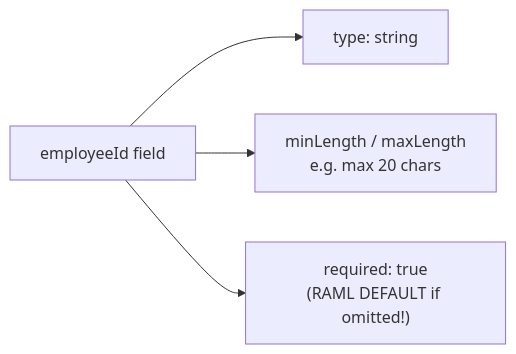
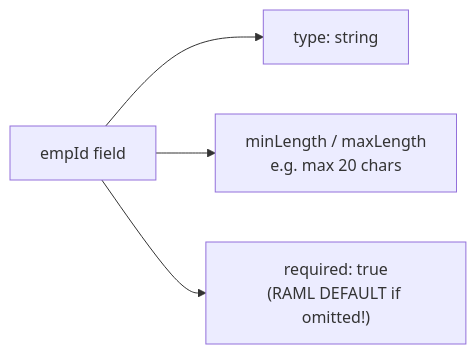
The fourth of 7 diagrams in detailed-notes/day22.md (developerashok99/green-c-mule-notes), drawn with Mermaid before and after one commit. The commit also changed other lines of this file and 1 other file, not shown here.

Commit message:
Day 22: video-verified notes
Replace the illustrative request with the one on the slide (empId P10300,
empName, empSalary, active, empDesignation), add the 201/400 responses, the
real mapping sheet and the sample design document's header table.

````diff
--- a/detailed-notes/day22.md
+++ b/detailed-notes/day22.md
@@ -55,6 +57,6 @@
 ```mermaid
 flowchart LR
-    Field["employeeId field"] --> Type["type: string"]
+    Field["empId field"] --> Type["type: string"]
     Field --> Length["minLength / maxLength<br/>e.g. max 20 chars"]
     Field --> Mandatory["required: true<br/>(RAML DEFAULT if omitted!)"]
 ```
````
